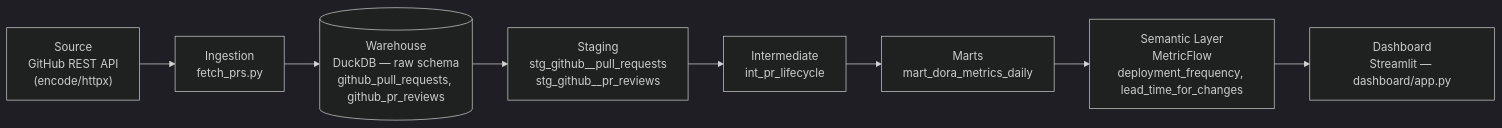
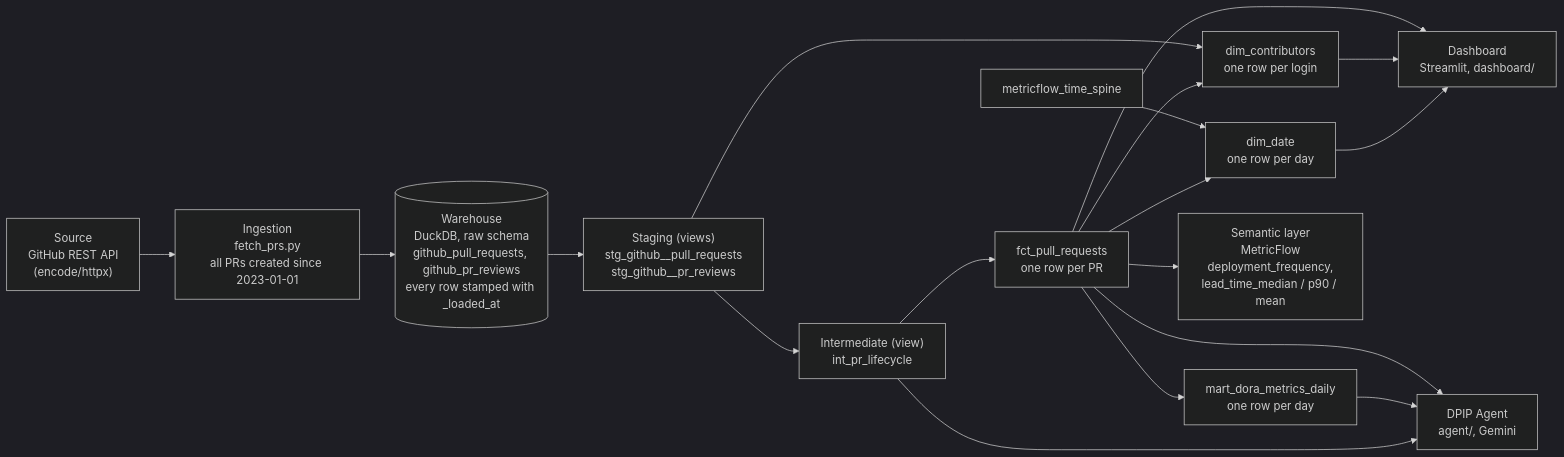
The first of 2 diagrams in README.md (pritysapkal/dpi-platform-v2), drawn with Mermaid (dark theme) before and after one commit. The commit also changed other lines of this file, not shown here.

Commit message:
README: update architecture, data dictionary, tests, semantic layer, dashboard and agent sections; correct the since-parameter claim

````diff
--- a/README.md
+++ b/README.md
@@ -81,10 +81,20 @@
 ```mermaid
 flowchart LR
-    S["Source<br/>GitHub REST API<br/>(encode/httpx)"] --> I["Ingestion<br/>fetch_prs.py"]
-    I --> W[("Warehouse<br/>DuckDB — raw schema<br/>github_pull_requests, github_pr_reviews")]
-    W --> ST["Staging<br/>stg_github__pull_requests<br/>stg_github__pr_reviews"]
-    ST --> INT["Intermediate<br/>int_pr_lifecycle"]
-    INT --> M["Marts<br/>mart_dora_metrics_daily"]
-    M --> SEM["Semantic Layer<br/>MetricFlow<br/>deployment_frequency, lead_time_for_changes"]
-    SEM --> DASH["Dashboard<br/>Streamlit — dashboard/app.py"]
+    S["Source<br/>GitHub REST API<br/>(encode/httpx)"] --> I["Ingestion<br/>fetch_prs.py<br/>all PRs created since 2023-01-01"]
+    I --> W[("Warehouse<br/>DuckDB, raw schema<br/>github_pull_requests, github_pr_reviews<br/>every row stamped with _loaded_at")]
+    W --> ST["Staging (views)<br/>stg_github__pull_requests<br/>stg_github__pr_reviews"]
+    ST --> INT["Intermediate (view)<br/>int_pr_lifecycle"]
+    INT --> FCT["fct_pull_requests<br/>one row per PR"]
+    ST --> DIMC["dim_contributors<br/>one row per login"]
+    FCT --> DIMC
+    TS["metricflow_time_spine"] --> DIMD["dim_date<br/>one row per day"]
+    FCT --> DIMD
+    FCT --> MART["mart_dora_metrics_daily<br/>one row per day"]
+    FCT --> SEM["Semantic layer<br/>MetricFlow<br/>deployment_frequency,<br/>lead_time_median / p90 / mean"]
+    FCT --> DASH["Dashboard<br/>Streamlit, dashboard/"]
+    DIMC --> DASH
+    DIMD --> DASH
+    FCT --> AGENT["DPIP Agent<br/>agent/, Gemini"]
+    MART --> AGENT
+    INT --> AGENT
 ```
````
